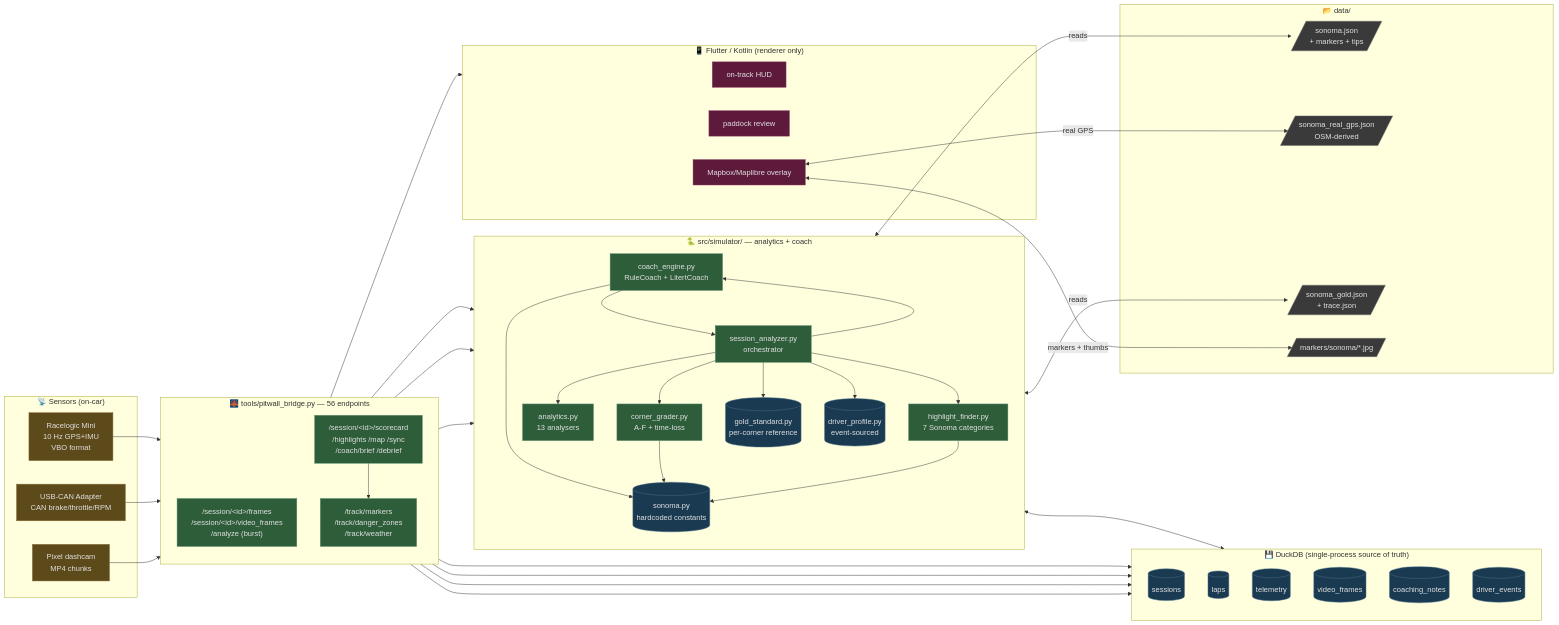
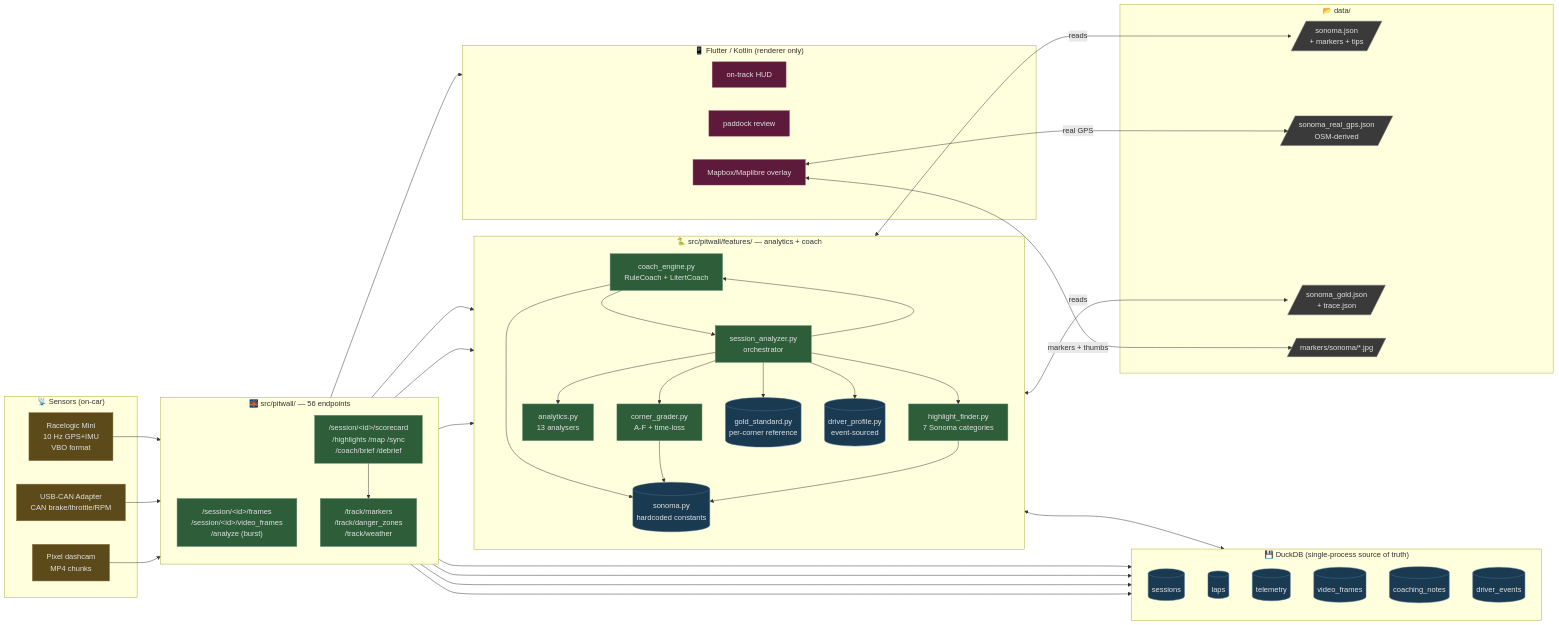
One commit to mlnomadpy/pitwall changed the first of 14 diagrams in docs/internal_architecture.md. Above: the diagram before and after it, drawn with Mermaid. The commit also changed other lines of this file and 43 other files, not shown here.

````diff
--- a/docs/internal_architecture.md
+++ b/docs/internal_architecture.md
@@ -11,82 +11,82 @@
 ```mermaid
 flowchart LR
   subgraph SENSORS["📡 Sensors (on-car)"]
     RL[Racelogic Mini<br/>10 Hz GPS+IMU<br/>VBO format]
     OBD[USB-CAN Adapter<br/>CAN brake/throttle/RPM]
     CAM[Pixel dashcam<br/>MP4 chunks]
   end
 
-  subgraph BRIDGE["🌉 tools/pitwall_bridge.py — 56 endpoints"]
+  subgraph BRIDGE["🌉 src/pitwall/ — 56 endpoints"]
     direction TB
     INGEST["/session/&lt;id&gt;/frames<br/>/session/&lt;id&gt;/video_frames<br/>/analyze (burst)"]
     QUERY["/session/&lt;id&gt;/scorecard<br/>/highlights /map /sync<br/>/coach/brief /debrief"]
     META["/track/markers<br/>/track/danger_zones<br/>/track/weather"]
   end
 
-  subgraph BACKEND["🐍 src/simulator/ — analytics + coach"]
+  subgraph BACKEND["🐍 src/pitwall/features/ — analytics + coach"]
     direction TB
     SONOMA[(sonoma.py<br/>hardcoded constants)]
     GRADER[corner_grader.py<br/>A-F + time-loss]
     ANALYTICS[analytics.py<br/>13 analysers]
     HIGHLIGHTER[highlight_finder.py<br/>7 Sonoma categories]
     ANALYZER[session_analyzer.py<br/>orchestrator]
     COACH[coach_engine.py<br/>RuleCoach + LitertCoach]
     GOLD[(gold_standard.py<br/>per-corner reference)]
     PROFILE[(driver_profile.py<br/>event-sourced)]
   end
 
   subgraph STORE["💾 DuckDB (single-process source of truth)"]
     direction TB
     T_SESSIONS[(sessions)]
     T_LAPS[(laps)]
     T_FRAMES[(telemetry)]
     T_VIDEO[(video_frames)]
     T_NOTES[(coaching_notes)]
     T_EVENTS[(driver_events)]
   end
 
   subgraph FRONTEND["📱 Flutter / Kotlin (renderer only)"]
     HUD[on-track HUD]
     PADDOCK[paddock review]
     MAP[Mapbox/Maplibre overlay]
   end
 
   subgraph DATA["📂 data/"]
     TRACK_JSON[/sonoma.json<br/>+ markers + tips/]
     REAL_GPS[/sonoma_real_gps.json<br/>OSM-derived/]
     GOLD_REF[/sonoma_gold.json<br/>+ trace.json/]
     THUMBS[/markers/sonoma/*.jpg/]
   end
 
   RL --> INGEST
   OBD --> INGEST
   CAM --> INGEST
   INGEST --> T_FRAMES & T_VIDEO & T_NOTES & T_LAPS
   INGEST --> COACH
   COACH --> SONOMA
   COACH --> ANALYZER
   ANALYZER --> GRADER & ANALYTICS & HIGHLIGHTER & GOLD & PROFILE
   ANALYZER --> COACH
   GRADER --> SONOMA
   HIGHLIGHTER --> SONOMA
   PROFILE <--> T_EVENTS
   GOLD <-- reads --> GOLD_REF
   SONOMA <-- reads --> TRACK_JSON
   QUERY --> ANALYZER
   QUERY --> META
   META --> SONOMA
   QUERY --> FRONTEND
   MAP <-- real GPS --> REAL_GPS
   MAP <-- markers + thumbs --> THUMBS
 
   classDef store fill:#1a3a52,stroke:#4a6e8a,color:#e0e0e0
   classDef code fill:#2e5d3a,stroke:#5a8a6e,color:#e0e0e0
   classDef sensor fill:#5d4a1a,stroke:#8a6e3a,color:#e0e0e0
   classDef ui fill:#5d1a3a,stroke:#8a3a5e,color:#e0e0e0
   classDef data fill:#3a3a3a,stroke:#6e6e6e,color:#e0e0e0
   class T_SESSIONS,T_LAPS,T_FRAMES,T_VIDEO,T_NOTES,T_EVENTS,SONOMA,GOLD,PROFILE store
   class GRADER,ANALYTICS,HIGHLIGHTER,ANALYZER,COACH,INGEST,QUERY,META code
   class RL,OBD,CAM sensor
   class HUD,PADDOCK,MAP ui
   class TRACK_JSON,REAL_GPS,GOLD_REF,THUMBS data
 ```
````
